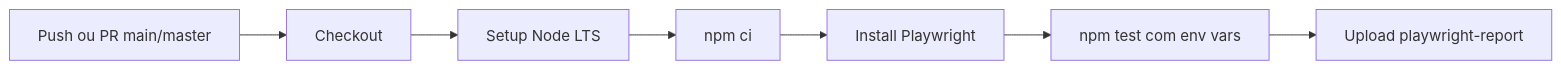
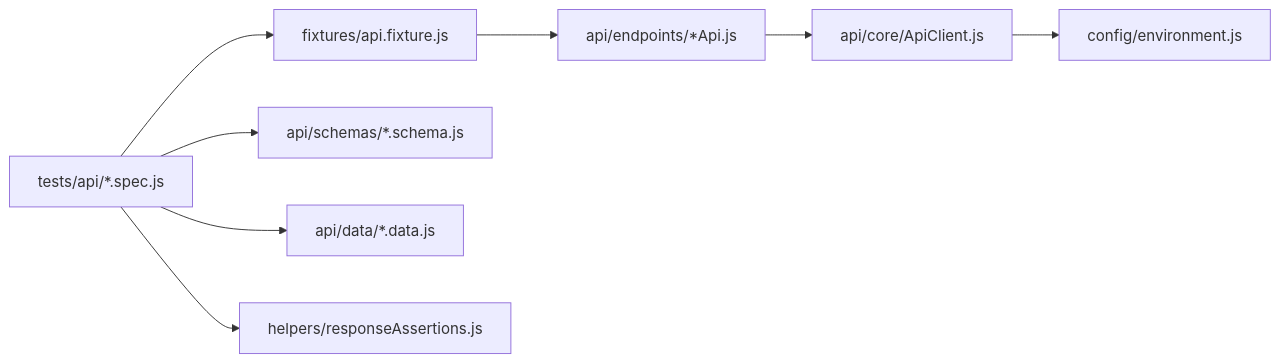
The diagram in README.md (Azrael-Martins/automacao-playwright-api), drawn with Mermaid before and after one commit. The commit also changed other lines of this file and 13 other files, not shown here.

First line of the commit message:
feat: substituir testes E2E por suite de API com Playwright

````diff
--- a/README.md
+++ b/README.md
@@ -235,9 +25,19 @@
 ```mermaid
 flowchart LR
-  push[Push ou PR main/master] --> checkout[Checkout]
-  checkout --> node[Setup Node LTS]
-  node --> deps[npm ci]
-  deps --> browsers[Install Playwright]
-  browsers --> run[npm test com env vars]
-  run --> artifact[Upload playwright-report]
+  spec[tests/api/*.spec.js]
+  fixture[fixtures/api.fixture.js]
+  endpoint[api/endpoints/*Api.js]
+  client[api/core/ApiClient.js]
+  env[config/environment.js]
+  schema[api/schemas/*.schema.js]
+  data[api/data/*.data.js]
+  helpers[helpers/responseAssertions.js]
+
+  spec --> fixture
+  fixture --> endpoint
+  endpoint --> client
+  client --> env
+  spec --> schema
+  spec --> data
+  spec --> helpers
 ```
````
